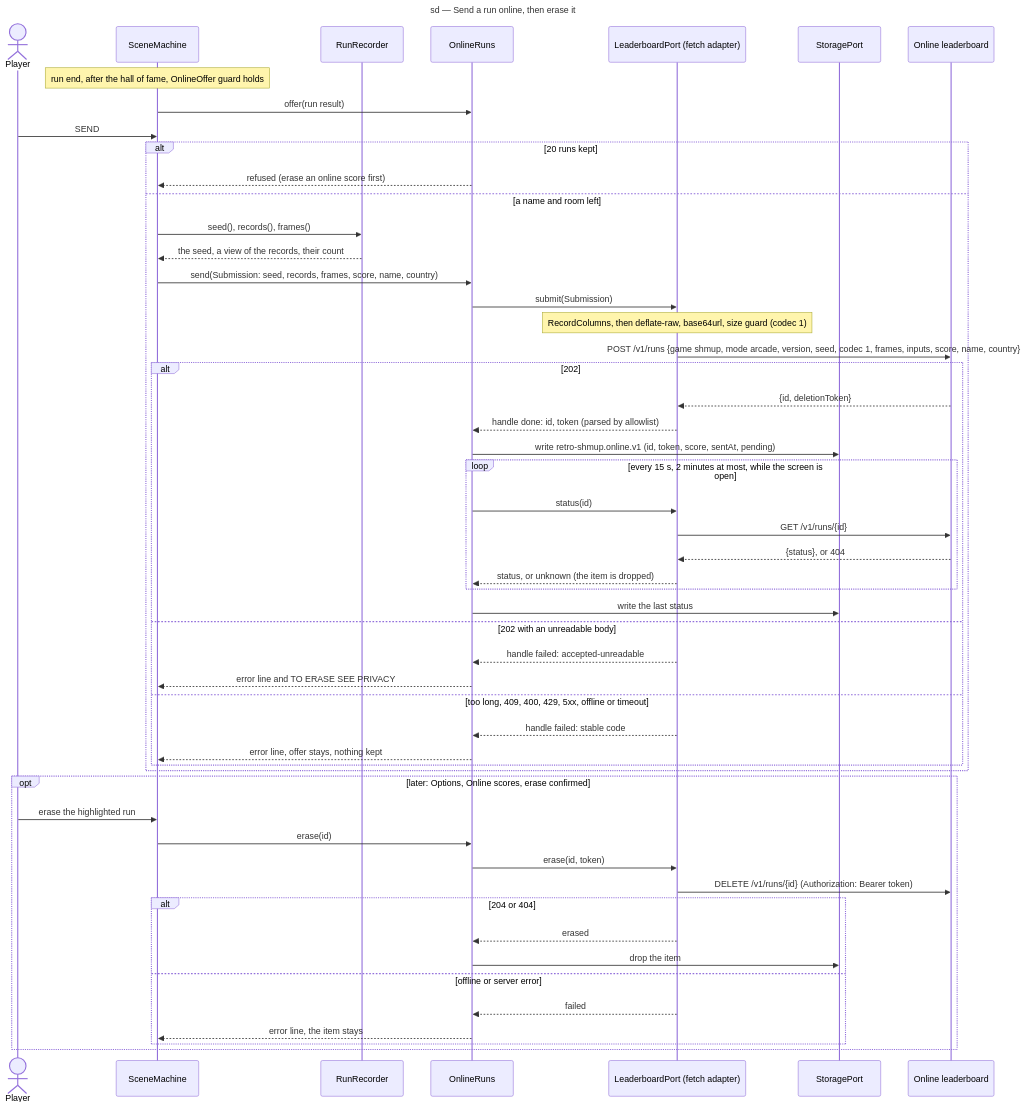
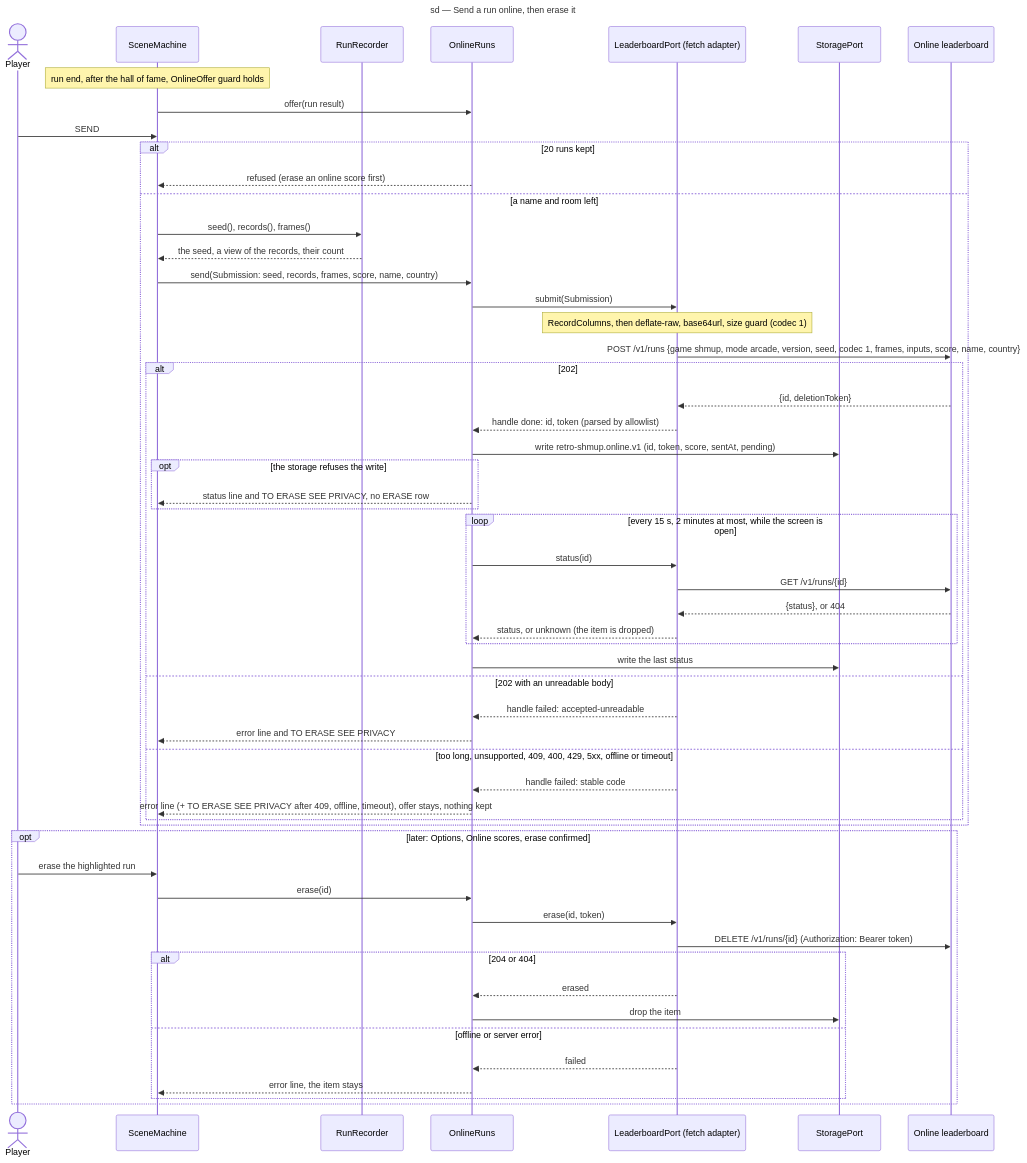
The diagram in docs/architecture/diagrams/meta/02-sequence-send-online.md (benoit-bremaud/retro-shmup), drawn with Mermaid before and after one commit. The commit also changed other lines of this file and 6 other files, not shown here.

````diff
--- a/docs/architecture/diagrams/meta/02-sequence-send-online.md
+++ b/docs/architecture/diagrams/meta/02-sequence-send-online.md
@@ -19,57 +19,60 @@
 ```mermaid
 sequenceDiagram
   title sd — Send a run online, then erase it
   actor Player
   participant Scenes as SceneMachine
   participant Rec as RunRecorder
   participant Online as OnlineRuns
   participant Port as LeaderboardPort (fetch adapter)
   participant Store as StoragePort
   participant LB as Online leaderboard
 
   Note over Scenes: run end, after the hall of fame, OnlineOffer guard holds
   Scenes->>Online: offer(run result)
   Player->>Scenes: SEND
   alt 20 runs kept
     Online-->>Scenes: refused (erase an online score first)
   else a name and room left
     Scenes->>Rec: seed(), records(), frames()
     Rec-->>Scenes: the seed, a view of the records, their count
     Scenes->>Online: send(Submission: seed, records, frames, score, name, country)
     Online->>Port: submit(Submission)
     Note over Port: RecordColumns, then deflate-raw, base64url, size guard (codec 1)
     Port->>LB: POST /v1/runs {game shmup, mode arcade, version, seed, codec 1, frames, inputs, score, name, country}
     alt 202
       LB-->>Port: {id, deletionToken}
       Port-->>Online: handle done: id, token (parsed by allowlist)
       Online->>Store: write retro-shmup.online.v1 (id, token, score, sentAt, pending)
+      opt the storage refuses the write
+        Online-->>Scenes: status line and TO ERASE SEE PRIVACY, no ERASE row
+      end
       loop every 15 s, 2 minutes at most, while the screen is open
         Online->>Port: status(id)
         Port->>LB: GET /v1/runs/{id}
         LB-->>Port: {status}, or 404
         Port-->>Online: status, or unknown (the item is dropped)
       end
       Online->>Store: write the last status
     else 202 with an unreadable body
       Port-->>Online: handle failed: accepted-unreadable
       Online-->>Scenes: error line and TO ERASE SEE PRIVACY
-    else too long, 409, 400, 429, 5xx, offline or timeout
+    else too long, unsupported, 409, 400, 429, 5xx, offline or timeout
       Port-->>Online: handle failed: stable code
-      Online-->>Scenes: error line, offer stays, nothing kept
+      Online-->>Scenes: error line (+ TO ERASE SEE PRIVACY after 409, offline, timeout), offer stays, nothing kept
     end
   end
 
   opt later: Options, Online scores, erase confirmed
     Player->>Scenes: erase the highlighted run
     Scenes->>Online: erase(id)
     Online->>Port: erase(id, token)
     Port->>LB: DELETE /v1/runs/{id} (Authorization: Bearer token)
     alt 204 or 404
       Port-->>Online: erased
       Online->>Store: drop the item
     else offline or server error
       Port-->>Online: failed
       Online-->>Scenes: error line, the item stays
     end
   end
 ```
````
